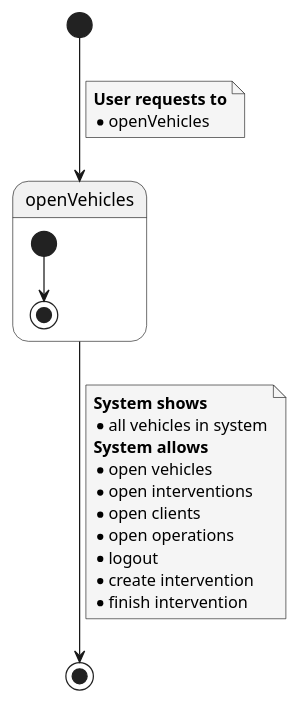
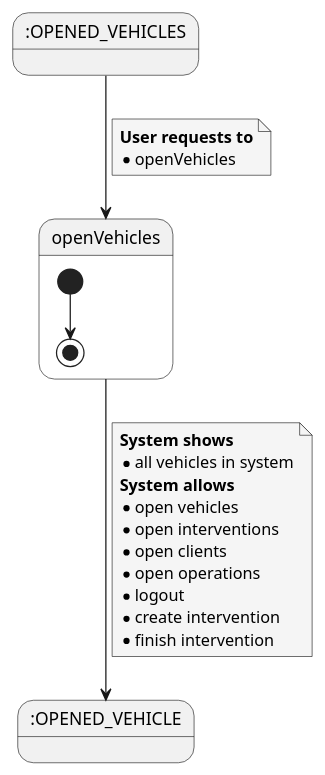
Before and after one commit to Ruskab/agrimManager: the diagram in documentation/1requiremets/usecases_specification/puml/openVehicles.puml, drawn with PlantUML. The commit also changed 13 other files, not shown here.

```diff
--- a/documentation/1requiremets/usecases_specification/puml/openVehicles.puml
+++ b/documentation/1requiremets/usecases_specification/puml/openVehicles.puml
@@ -1,33 +1,36 @@
 @startuml
 skinparam {
         NoteBackgroundColor #whiteSmoke
 }
 
-[*] --> openVehicles
+state startState as ":OPENED_VEHICLES"
+state endState as ":OPENED_VEHICLE"
+
+startState --> openVehicles
 note on link
 <b>User requests to</b>
 * openVehicles
 end note
 
 state openVehicles {
 
 [*] --> [*]
 
 
 }
 
-openVehicles --> [*]
+openVehicles --> endState
 note on link
 <b>System shows
 * all vehicles in system
 <b>System allows
 * open vehicles
 * open interventions
 * open clients
 * open operations
 * logout
 * create intervention
 * finish intervention
 end note
 
 @enduml
```
